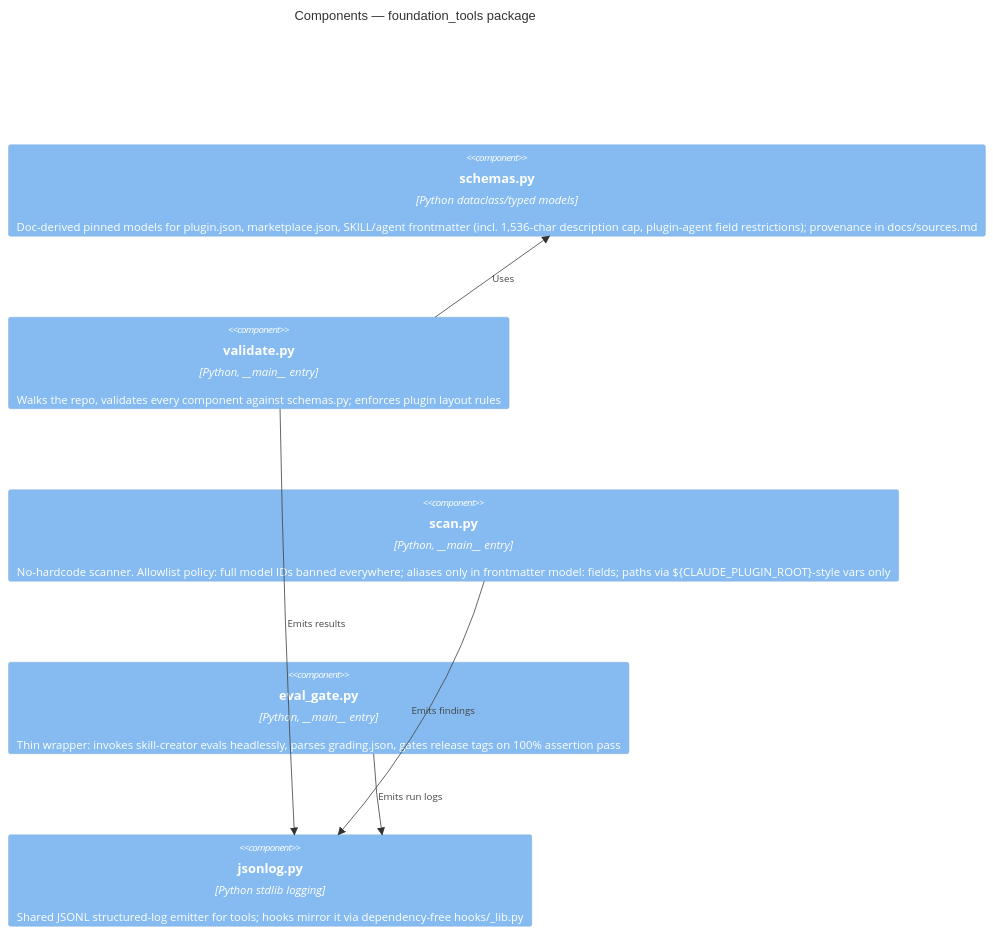
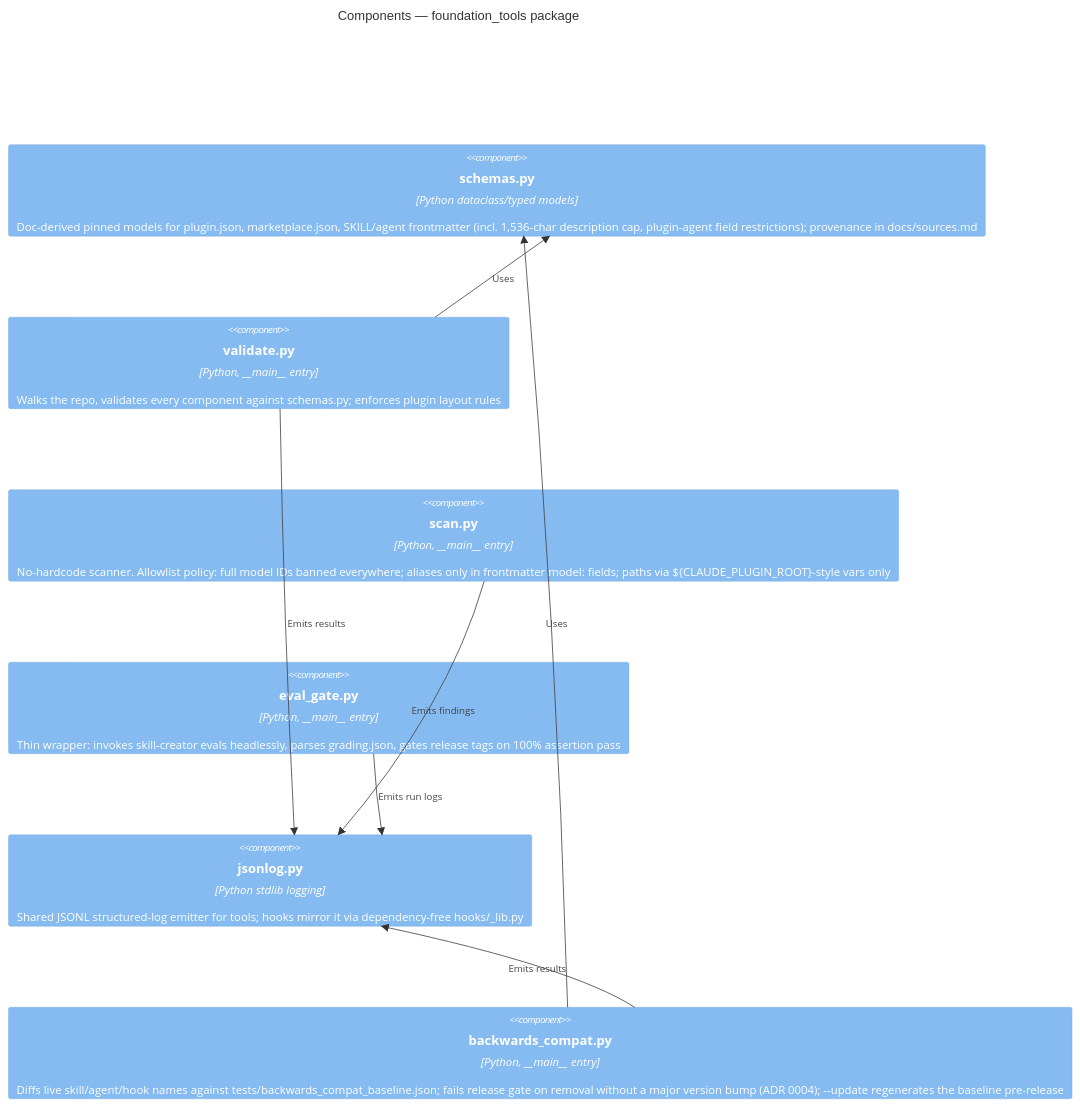
Before and after one commit to ianshank/Agents: the third of 3 diagrams in claude-foundation/docs/architecture.md, drawn with Mermaid. The commit also changed 8 other files, not shown here.

First line of the commit message:
Implement foundation_tools.backwards_compat: append-only manifest-diff gate

````diff
--- a/claude-foundation/docs/architecture.md
+++ b/claude-foundation/docs/architecture.md
@@ -51,13 +51,16 @@
 ```mermaid
 C4Component
   title Components — foundation_tools package
   Component(schemas, "schemas.py", "Python dataclass/typed models", "Doc-derived pinned models for plugin.json, marketplace.json, SKILL/agent frontmatter (incl. 1,536-char description cap, plugin-agent field restrictions); provenance in docs/sources.md")
   Component(validate, "validate.py", "Python, __main__ entry", "Walks the repo, validates every component against schemas.py; enforces plugin layout rules")
   Component(scan, "scan.py", "Python, __main__ entry", "No-hardcode scanner. Allowlist policy: full model IDs banned everywhere; aliases only in frontmatter model: fields; paths via ${CLAUDE_PLUGIN_ROOT}-style vars only")
   Component(evalgate, "eval_gate.py", "Python, __main__ entry", "Thin wrapper: invokes skill-creator evals headlessly, parses grading.json, gates release tags on 100% assertion pass")
   Component(jsonlog, "jsonlog.py", "Python stdlib logging", "Shared JSONL structured-log emitter for tools; hooks mirror it via dependency-free hooks/_lib.py")
+  Component(compat, "backwards_compat.py", "Python, __main__ entry", "Diffs live skill/agent/hook names against tests/backwards_compat_baseline.json; fails release gate on removal without a major version bump (ADR 0004); --update regenerates the baseline pre-release")
   Rel(validate, schemas, "Uses")
   Rel(scan, jsonlog, "Emits findings")
   Rel(evalgate, jsonlog, "Emits run logs")
   Rel(validate, jsonlog, "Emits results")
+  Rel(compat, schemas, "Uses")
+  Rel(compat, jsonlog, "Emits results")
 ```
````
